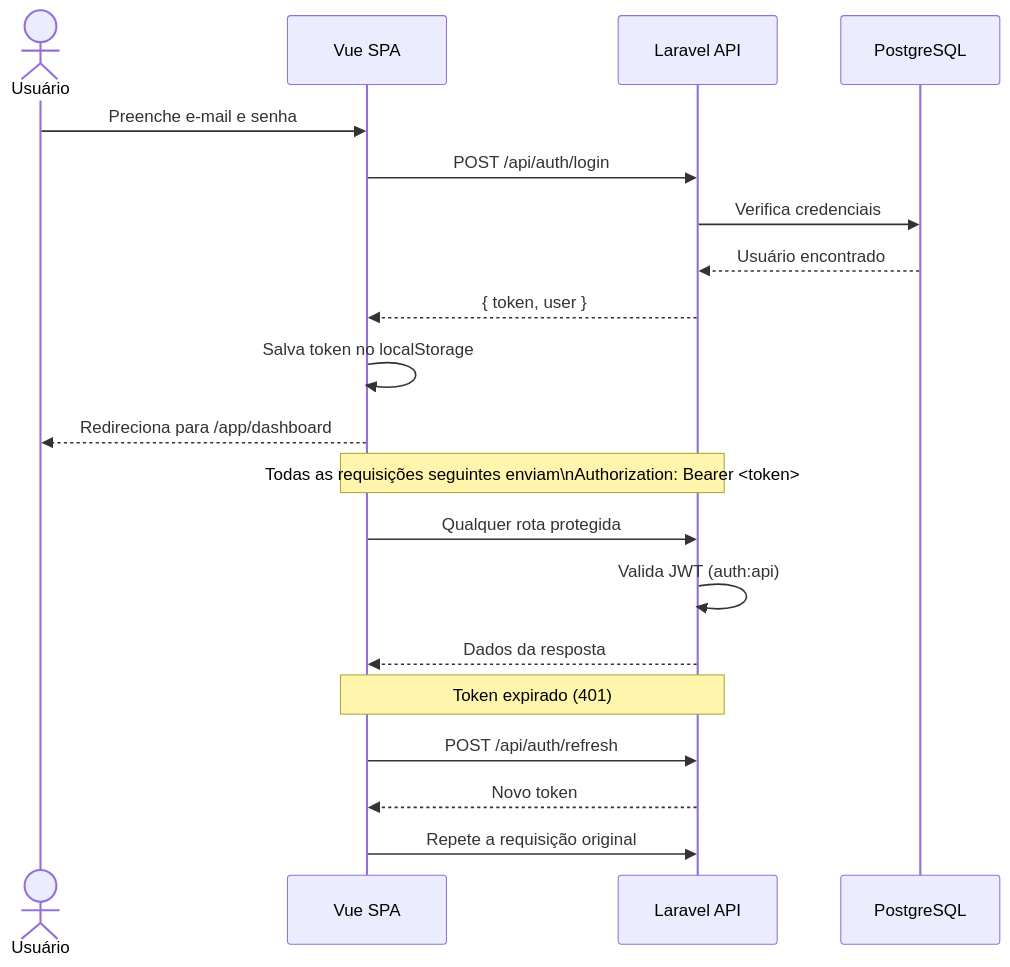
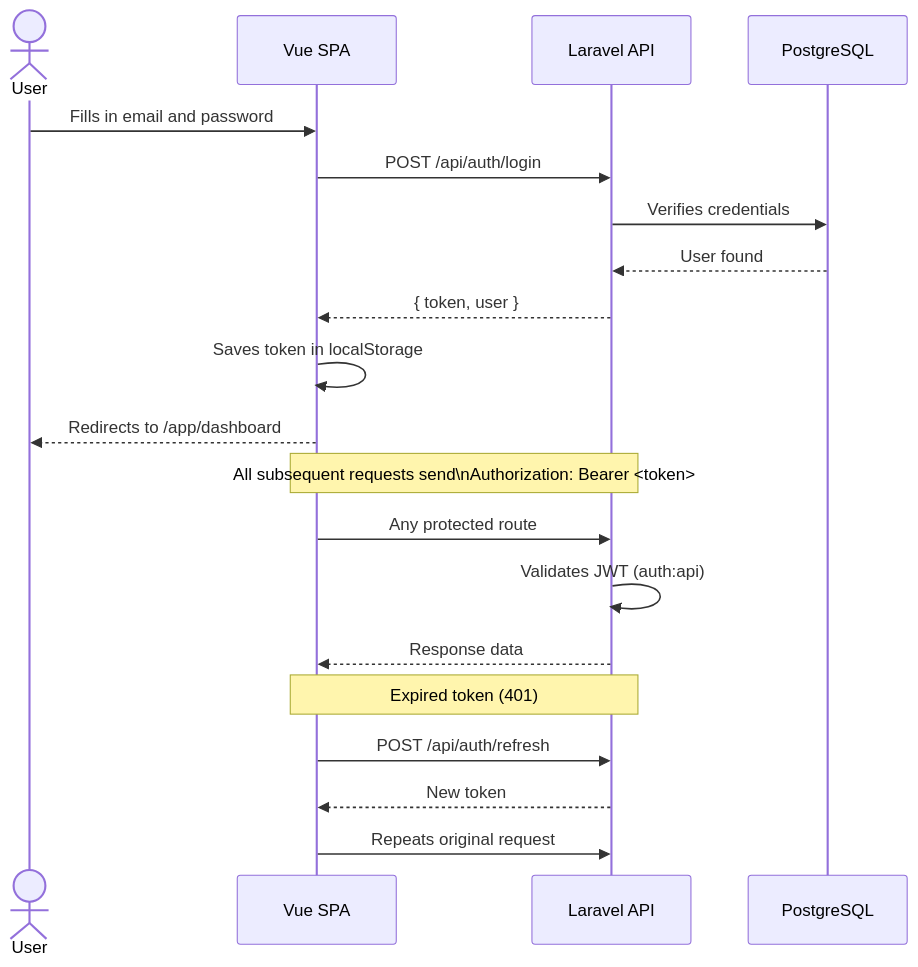
The second of 6 diagrams in README.md (NicholasGDev/NG-Erp), drawn with Mermaid before and after one commit. The commit also changed other lines of this file, not shown here.

````diff
--- a/README.md
+++ b/README.md
@@ -35,26 +36,27 @@
 ```mermaid
 sequenceDiagram
-    actor User as Usuário
+    actor User as User
     participant SPA as Vue SPA
     participant API as Laravel API
     participant DB as PostgreSQL
 
-    User->>SPA: Preenche e-mail e senha
+    User->>SPA: Fills in email and password
     SPA->>API: POST /api/auth/login
-    API->>DB: Verifica credenciais
-    DB-->>API: Usuário encontrado
+    API->>DB: Verifies credentials
+    DB-->>API: User found
     API-->>SPA: { token, user }
-    SPA->>SPA: Salva token no localStorage
-    SPA-->>User: Redireciona para /app/dashboard
+    SPA->>SPA: Saves token in localStorage
+    SPA-->>User: Redirects to /app/dashboard
 
-    Note over SPA,API: Todas as requisições seguintes enviam\nAuthorization: Bearer <token>
+    Note over SPA,API: All subsequent requests send\nAuthorization: Bearer <token>
 
-    SPA->>API: Qualquer rota protegida
-    API->>API: Valida JWT (auth:api)
-    API-->>SPA: Dados da resposta
+    SPA->>API: Any protected route
+    API->>API: Validates JWT (auth:api)
+    API-->>SPA: Response data
 
-    Note over SPA,API: Token expirado (401)
+    Note over SPA,API: Expired token (401)
     SPA->>API: POST /api/auth/refresh
-    API-->>SPA: Novo token
-    SPA->>API: Repete a requisição original
+    API-->>SPA: New token
+    SPA->>API: Repeats original request
+
 ```
````
